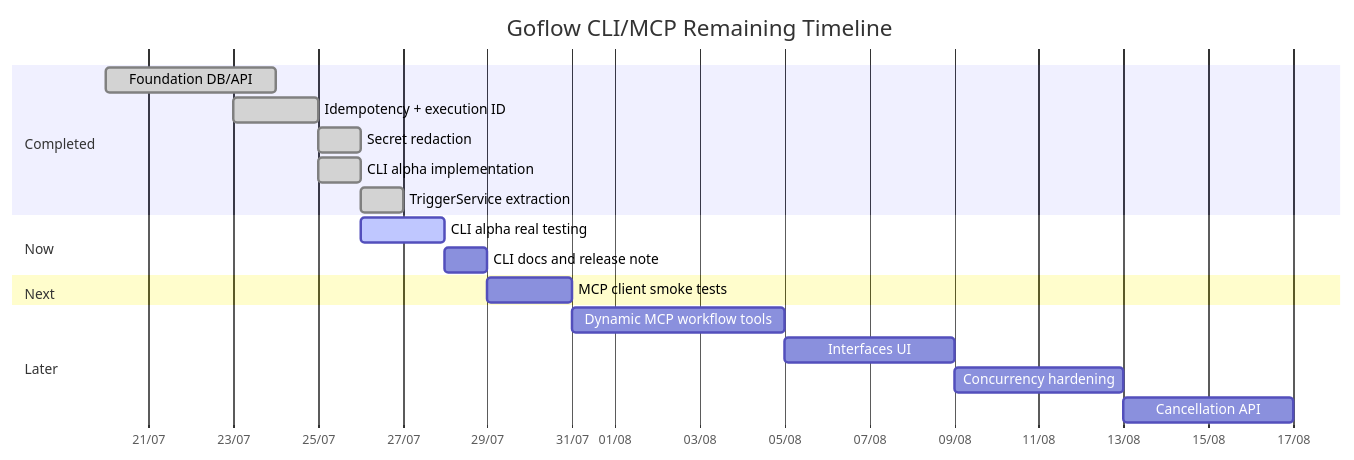
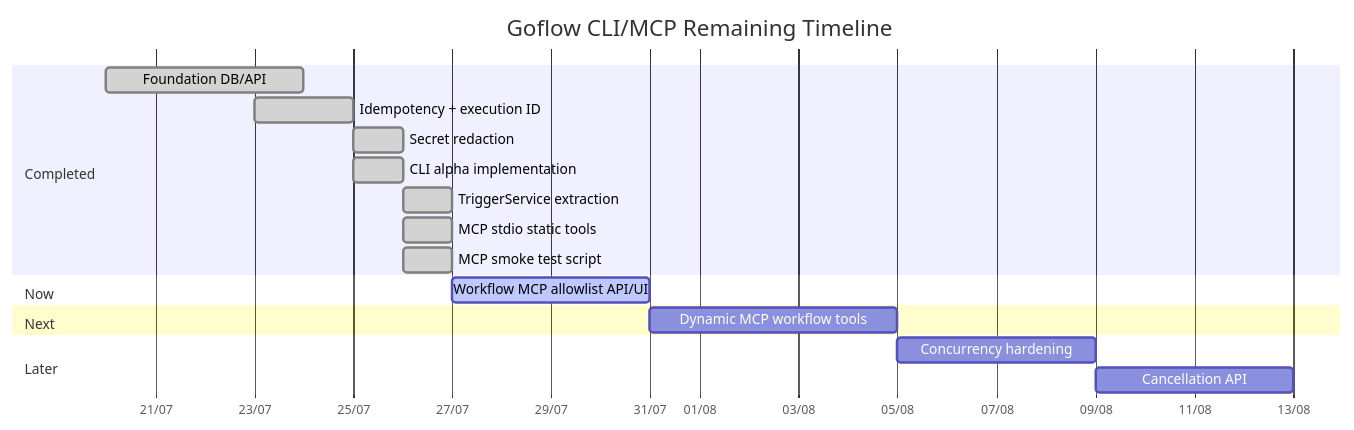
The second of 2 diagrams in ROADMAP_PROGRESS.md (hstptcn5/Goflow), drawn with Mermaid before and after one commit. The commit also changed other lines of this file and 3 other files, not shown here.

First line of the commit message:
Add MCP smoke test script

````diff
--- a/ROADMAP_PROGRESS.md
+++ b/ROADMAP_PROGRESS.md
@@ -59,26 +59,25 @@
 ```mermaid
 gantt
     title Goflow CLI/MCP Remaining Timeline
     dateFormat  YYYY-MM-DD
     axisFormat  %d/%m
 
     section Completed
     Foundation DB/API             :done, f1, 2026-07-20, 4d
     Idempotency + execution ID     :done, f2, 2026-07-23, 2d
     Secret redaction               :done, f3, 2026-07-25, 1d
     CLI alpha implementation       :done, cli1, 2026-07-25, 1d
     TriggerService extraction      :done, svc1, 2026-07-26, 1d
+    MCP stdio static tools         :done, mcp1, 2026-07-26, 1d
+    MCP smoke test script          :done, mcp2, 2026-07-26, 1d
 
     section Now
-    CLI alpha real testing         :active, cli2, 2026-07-26, 2d
-    CLI docs and release note      :cli3, after cli2, 1d
+    Workflow MCP allowlist API/UI  :active, mcp3, 2026-07-27, 4d
 
     section Next
-    MCP client smoke tests         :mcp2, after cli3, 2d
+    Dynamic MCP workflow tools     :mcp4, after mcp3, 5d
 
     section Later
-    Dynamic MCP workflow tools     :mcp3, after mcp2, 5d
-    Interfaces UI                  :ui1, after mcp3, 4d
-    Concurrency hardening          :hard1, after ui1, 4d
+    Concurrency hardening          :hard1, after mcp4, 4d
     Cancellation API               :hard2, after hard1, 4d
 ```
````
